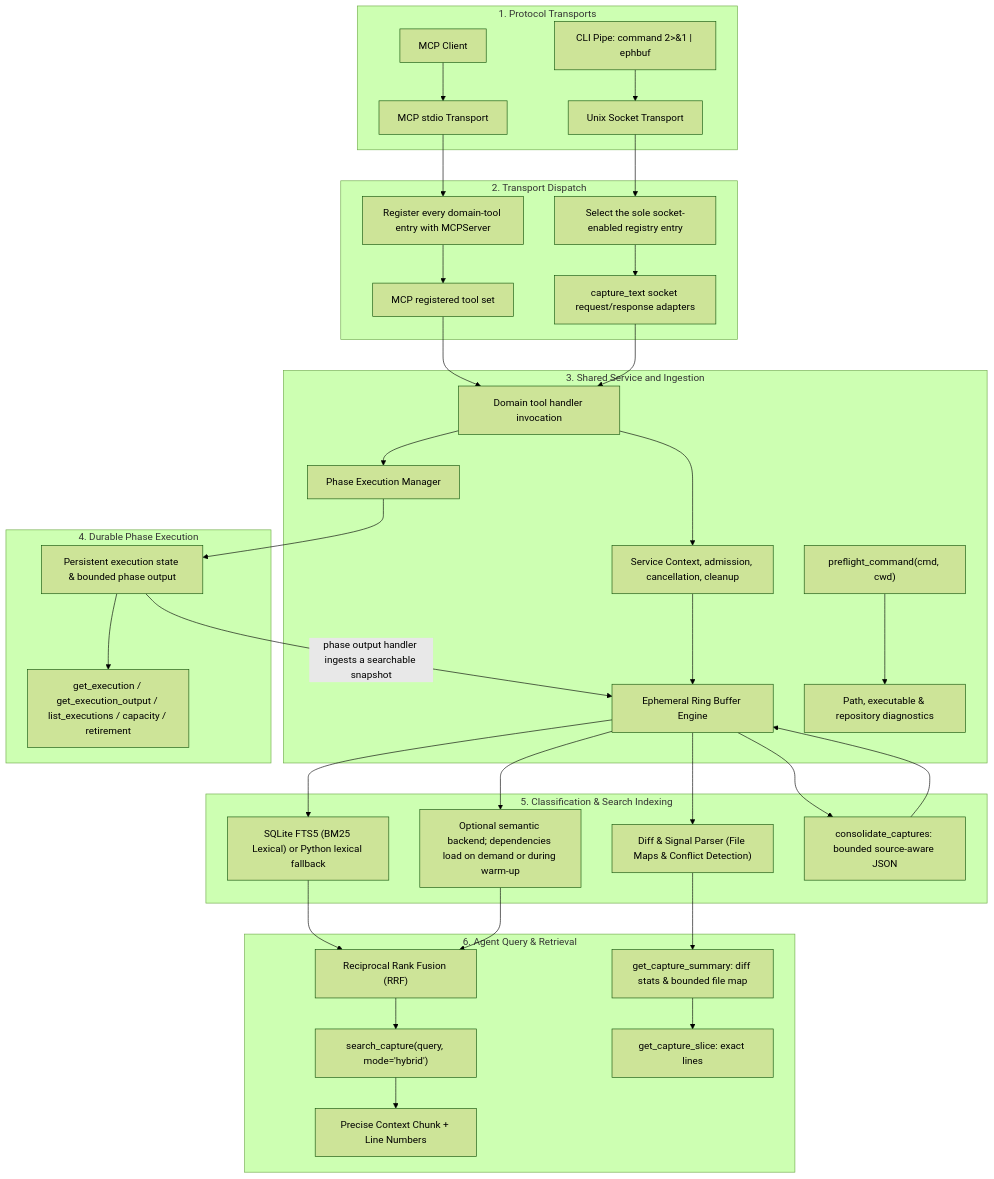
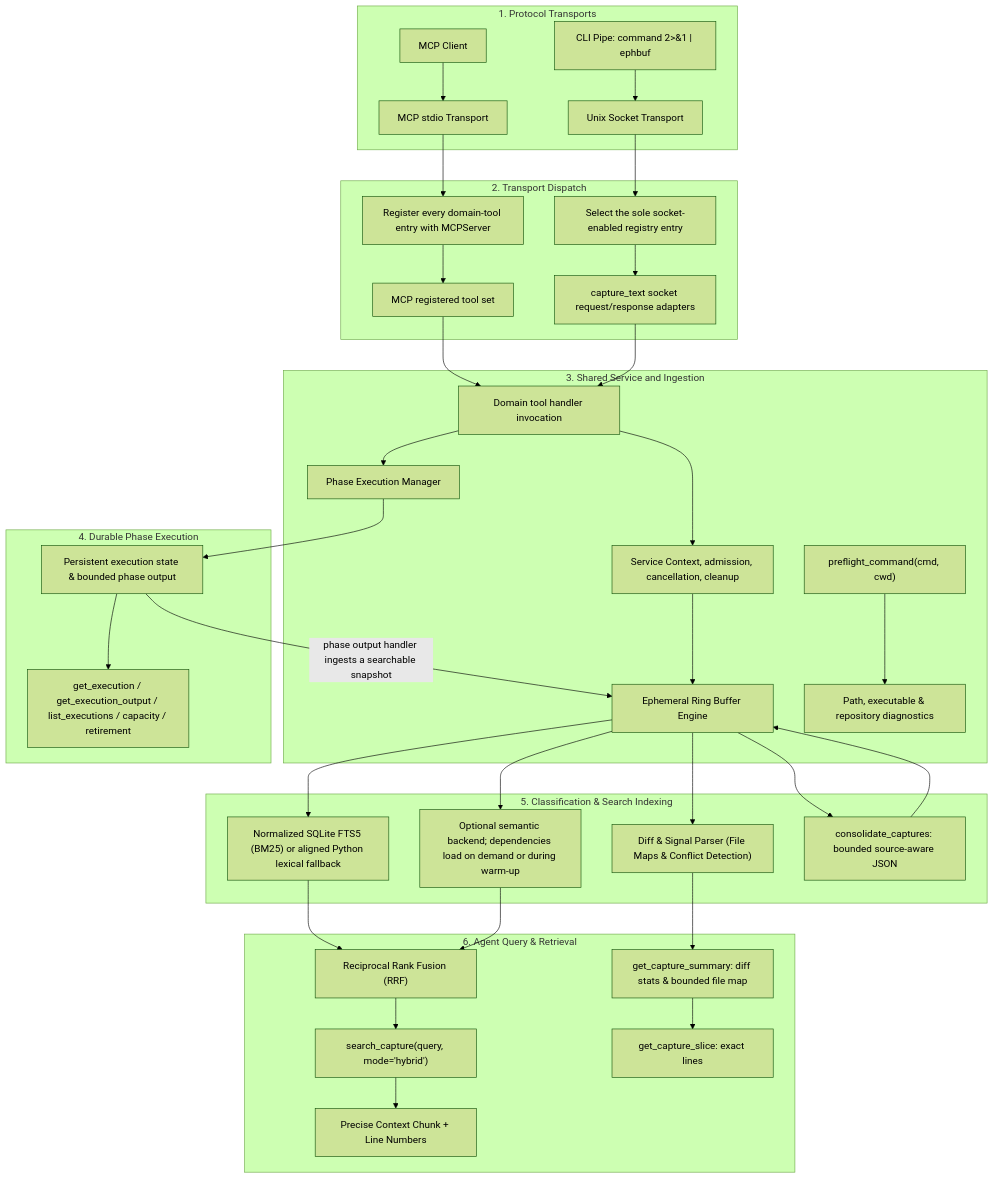
One commit to k-rister/ephemeral-buffer-mcp changed the diagram in docs/architecture.md. Above: the diagram before and after it, drawn with Mermaid (forest theme). The commit also changed other lines of this file and 8 other files, not shown here.

````diff
--- a/docs/architecture.md
+++ b/docs/architecture.md
@@ -3,45 +3,45 @@
 ```mermaid
 flowchart TD
     subgraph Transports["1. Protocol Transports"]
         A["CLI Pipe: command 2>&1 | ephbuf"] --> S["Unix Socket Transport"]
         B["MCP Client"] --> MT["MCP stdio Transport"]
     end
 
     subgraph Dispatch["2. Transport Dispatch"]
         MT --> MR["Register every domain-tool entry with MCPServer"]
         MR --> MCPTools["MCP registered tool set"]
         S --> SR["Select the sole socket-enabled registry entry"]
         SR --> SC["capture_text socket request/response adapters"]
     end
 
     subgraph Service["3. Shared Service and Ingestion"]
         MCPTools --> T["Domain tool handler invocation"]
         SC --> T
         T --> C["Service Context, admission, cancellation, cleanup"]
         C --> E["Ephemeral Ring Buffer Engine"]
         T --> Y["Phase Execution Manager"]
         P["preflight_command(cmd, cwd)"] --> Q["Path, executable & repository diagnostics"]
     end
 
     subgraph Execution["4. Durable Phase Execution"]
         Y --> Z["Persistent execution state & bounded phase output"]
         Z -->|"phase output handler ingests a searchable snapshot"| E
         Z --> AA["get_execution / get_execution_output / list_executions / capacity / retirement"]
     end
 
     subgraph Indexing["5. Classification & Search Indexing"]
-        E --> F["SQLite FTS5 (BM25 Lexical) or Python lexical fallback"]
+        E --> F["Normalized SQLite FTS5 (BM25) or aligned Python lexical fallback"]
         E --> G["Optional semantic backend; dependencies load on demand or during warm-up"]
         E --> K["Diff & Signal Parser (File Maps & Conflict Detection)"]
         E --> CO["consolidate_captures: bounded source-aware JSON"]
         CO --> E
     end
 
     subgraph Querying["6. Agent Query & Retrieval"]
         F & G --> H["Reciprocal Rank Fusion (RRF)"]
         H --> I["search_capture(query, mode='hybrid')"]
         K --> L["get_capture_summary: diff stats & bounded file map"]
         L --> N["get_capture_slice: exact lines"]
         I --> J["Precise Context Chunk + Line Numbers"]
     end
 ```
````
